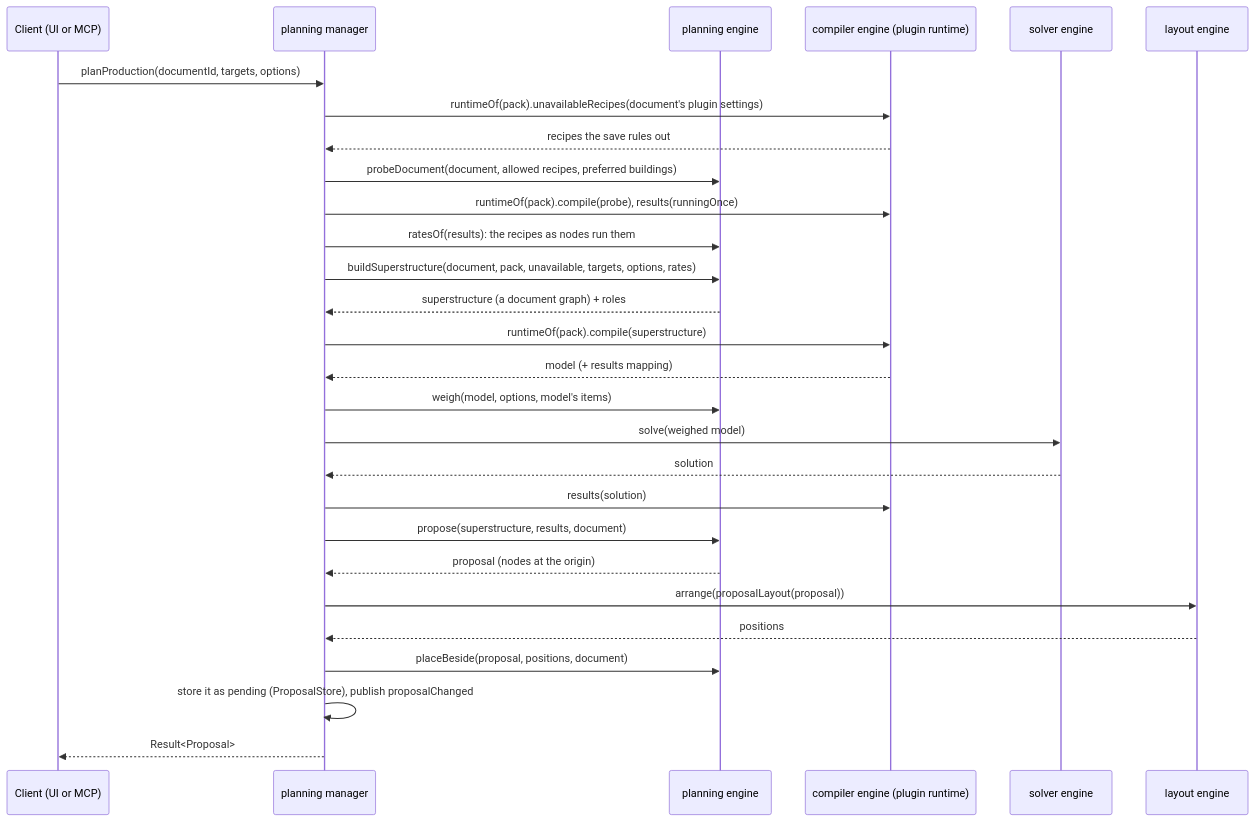
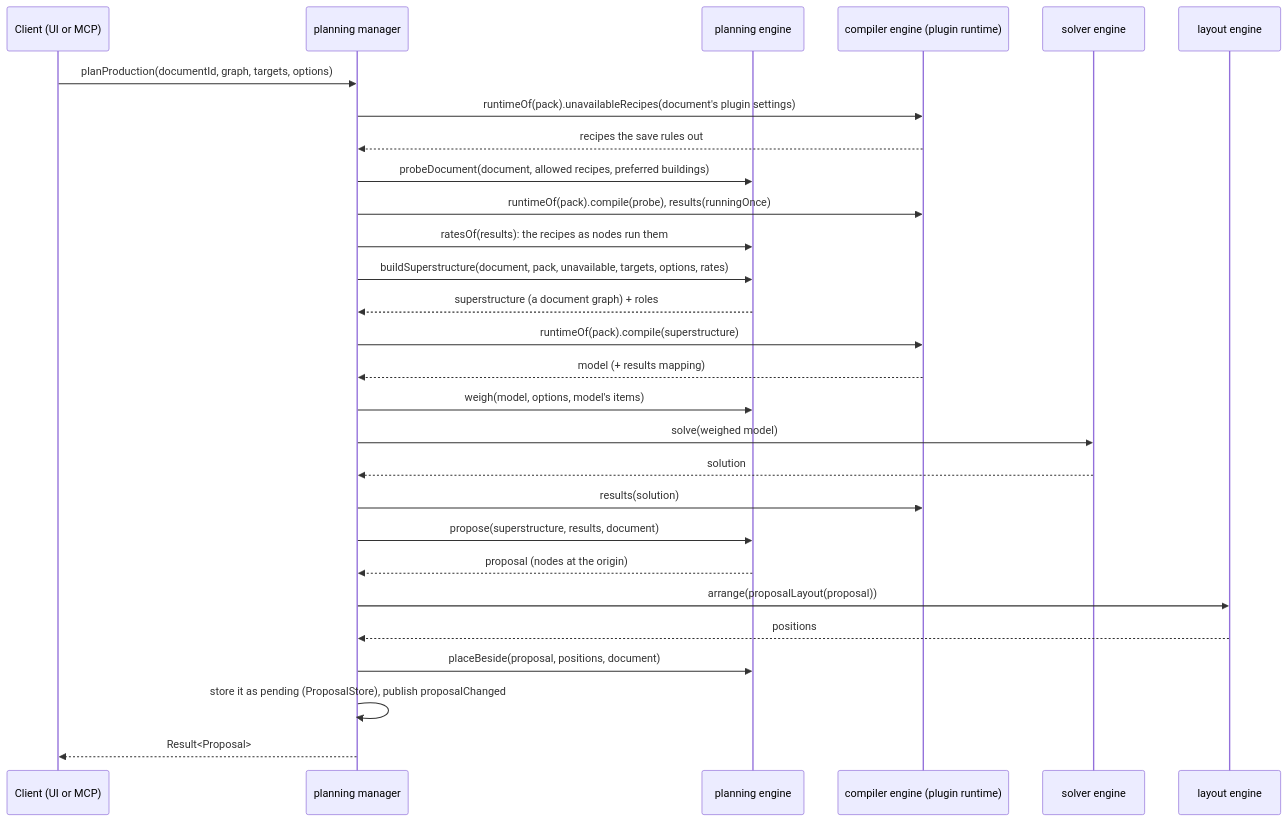
Before and after one commit to h3ll5ur7er/carbonara: the first of 2 diagrams in docs/Architecture/Planning.md, drawn with Mermaid. The commit also changed other lines of this file and 19 other files, not shown here.

First line of the commit message:
CARB-86: Inspect instances and plan into the graph on screen

````diff
--- a/docs/Architecture/Planning.md
+++ b/docs/Architecture/Planning.md
@@ -11,30 +11,30 @@
 ```mermaid
 sequenceDiagram
   participant C as Client (UI or MCP)
   participant M as planning manager
   participant P as planning engine
   participant K as compiler engine (plugin runtime)
   participant S as solver engine
   participant L as layout engine
-  C->>M: planProduction(documentId, targets, options)
+  C->>M: planProduction(documentId, graph, targets, options)
   M->>K: runtimeOf(pack).unavailableRecipes(document's plugin settings)
   K-->>M: recipes the save rules out
   M->>P: probeDocument(document, allowed recipes, preferred buildings)
   M->>K: runtimeOf(pack).compile(probe), results(runningOnce)
   M->>P: ratesOf(results): the recipes as nodes run them
   M->>P: buildSuperstructure(document, pack, unavailable, targets, options, rates)
   P-->>M: superstructure (a document graph) + roles
   M->>K: runtimeOf(pack).compile(superstructure)
   K-->>M: model (+ results mapping)
   M->>P: weigh(model, options, model's items)
   M->>S: solve(weighed model)
   S-->>M: solution
   M->>K: results(solution)
   M->>P: propose(superstructure, results, document)
   P-->>M: proposal (nodes at the origin)
   M->>L: arrange(proposalLayout(proposal))
   L-->>M: positions
   M->>P: placeBeside(proposal, positions, document)
   M->>M: store it as pending (ProposalStore), publish proposalChanged
   M-->>C: Result<Proposal>
 ```
````
